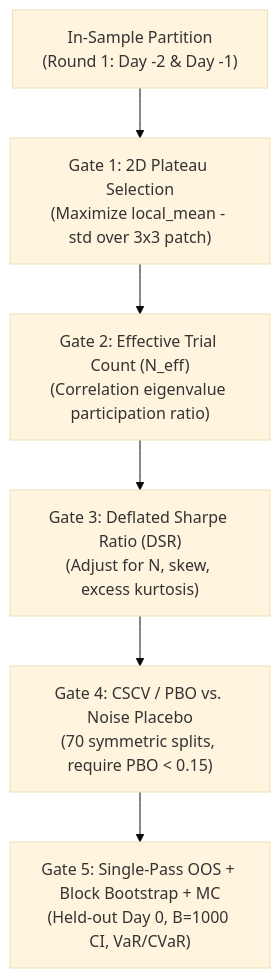
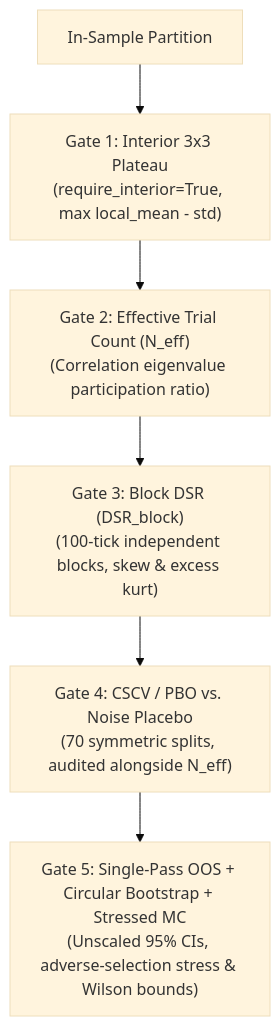
The diagram in docs/methodology/statistical_validation.md (PerriPerriSauce/imc-prosperity-4-toolkit-writeup), drawn with Mermaid (base theme) before and after one commit. The commit also changed other lines of this file and 135 other files, not shown here.

````diff
--- a/docs/methodology/statistical_validation.md
+++ b/docs/methodology/statistical_validation.md
@@ -14,8 +14,8 @@
 ```mermaid
 flowchart TD
-    IS["In-Sample Partition<br/>(Round 1: Day -2 & Day -1)"] --> G1["Gate 1: 2D Plateau Selection<br/>(Maximize local_mean - std over 3x3 patch)"]
+    IS["In-Sample Partition"] --> G1["Gate 1: Interior 3x3 Plateau<br/>(require_interior=True, max local_mean - std)"]
     G1 --> G2["Gate 2: Effective Trial Count (N_eff)<br/>(Correlation eigenvalue participation ratio)"]
-    G2 --> G3["Gate 3: Deflated Sharpe Ratio (DSR)<br/>(Adjust for N, skew, excess kurtosis)"]
-    G3 --> G4["Gate 4: CSCV / PBO vs. Noise Placebo<br/>(70 symmetric splits, require PBO < 0.15)"]
-    G4 --> OOS["Gate 5: Single-Pass OOS + Block Bootstrap + MC<br/>(Held-out Day 0, B=1000 CI, VaR/CVaR)"]
+    G2 --> G3["Gate 3: Block DSR (DSR_block)<br/>(100-tick independent blocks, skew & excess kurt)"]
+    G3 --> G4["Gate 4: CSCV / PBO vs. Noise Placebo<br/>(70 symmetric splits, audited alongside N_eff)"]
+    G4 --> OOS["Gate 5: Single-Pass OOS + Circular Bootstrap + Stressed MC<br/>(Unscaled 95% CIs, adverse-selection stress & Wilson bounds)"]
 ```
````
